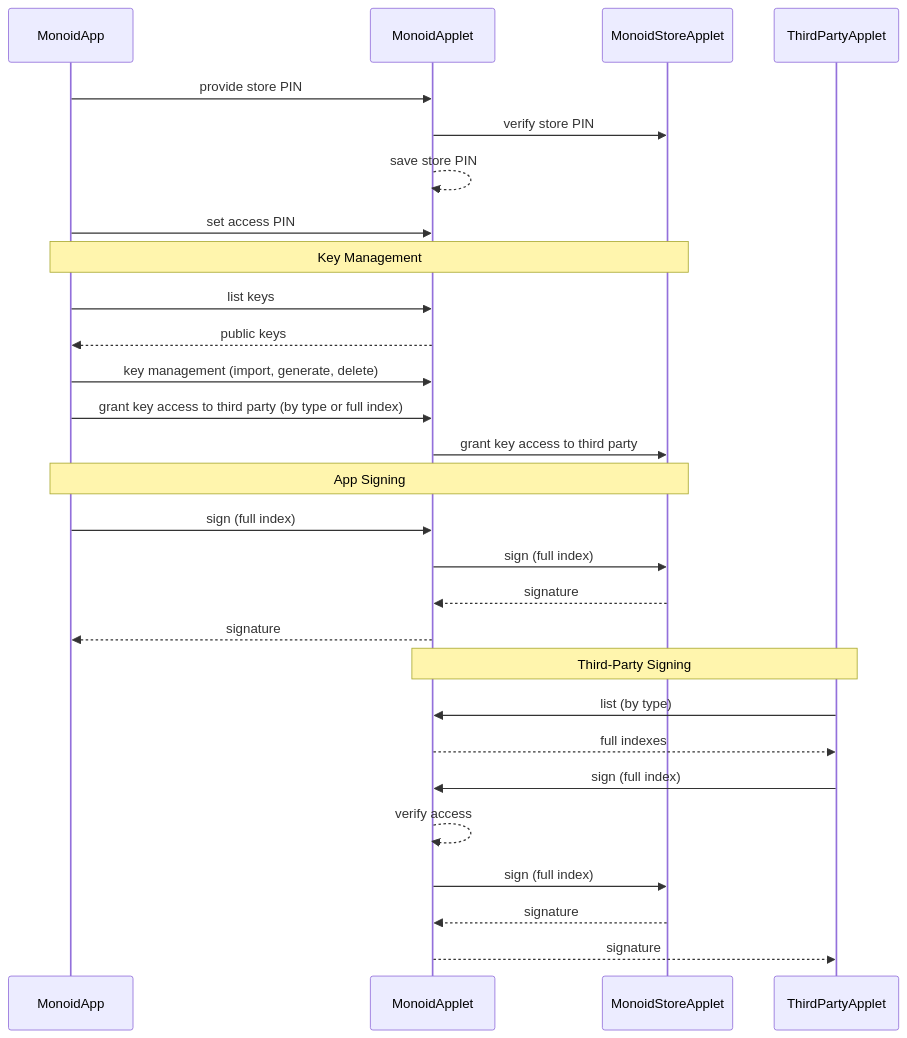
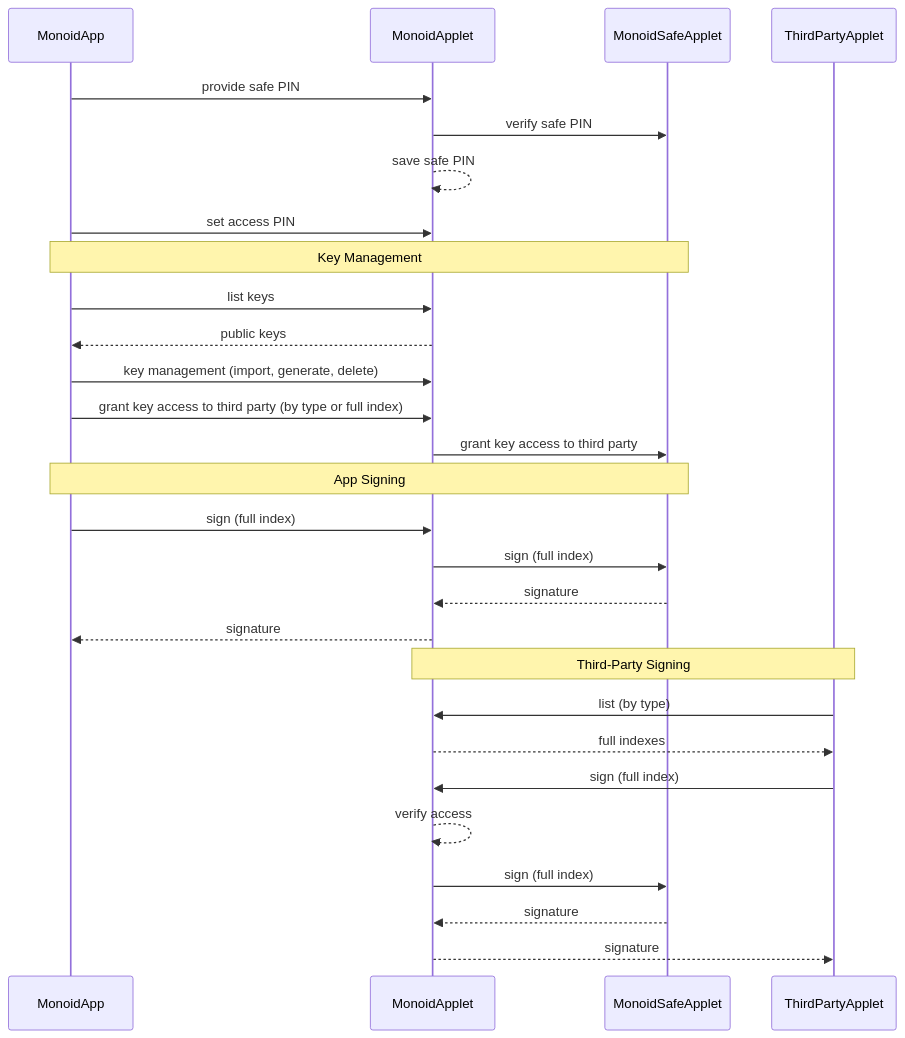
Before and after one commit to vilicvane/monoid-javacard: the diagram in ARCHITECTURE.md, drawn with Mermaid. The commit also changed 13 other files, not shown here.

Commit message:
Rename Monoid Store to Safe to distinguish from future app store

````diff
--- a/ARCHITECTURE.md
+++ b/ARCHITECTURE.md
@@ -3,38 +3,38 @@
 ```mermaid
 sequenceDiagram
     participant MonoidApp
     participant MonoidApplet
-    participant MonoidStoreApplet
+    participant MonoidSafeApplet
     participant ThirdPartyApplet
 
-    MonoidApp ->> MonoidApplet: provide store PIN
-    MonoidApplet ->> MonoidStoreApplet: verify store PIN
-    MonoidApplet -->> MonoidApplet: save store PIN
+    MonoidApp ->> MonoidApplet: provide safe PIN
+    MonoidApplet ->> MonoidSafeApplet: verify safe PIN
+    MonoidApplet -->> MonoidApplet: save safe PIN
 
     MonoidApp ->> MonoidApplet: set access PIN
 
-    note over MonoidApp, MonoidStoreApplet: Key Management
+    note over MonoidApp, MonoidSafeApplet: Key Management
 
     MonoidApp ->> MonoidApplet: list keys
     MonoidApplet -->> MonoidApp: public keys
     MonoidApp ->> MonoidApplet: key management (import, generate, delete)
     MonoidApp ->> MonoidApplet: grant key access to third party (by type or full index)
-    MonoidApplet ->> MonoidStoreApplet: grant key access to third party
+    MonoidApplet ->> MonoidSafeApplet: grant key access to third party
 
-    note over MonoidApp, MonoidStoreApplet: App Signing
+    note over MonoidApp, MonoidSafeApplet: App Signing
 
     MonoidApp ->> MonoidApplet: sign (full index)
-    MonoidApplet ->> MonoidStoreApplet: sign (full index)
-    MonoidStoreApplet -->> MonoidApplet: signature
+    MonoidApplet ->> MonoidSafeApplet: sign (full index)
+    MonoidSafeApplet -->> MonoidApplet: signature
     MonoidApplet -->> MonoidApp: signature
 
     note over MonoidApplet, ThirdPartyApplet: Third-Party Signing
 
     ThirdPartyApplet ->> MonoidApplet: list (by type)
     MonoidApplet -->> ThirdPartyApplet: full indexes
     ThirdPartyApplet ->> MonoidApplet: sign (full index)
     MonoidApplet -->> MonoidApplet: verify access
-    MonoidApplet ->> MonoidStoreApplet: sign (full index)
-    MonoidStoreApplet -->> MonoidApplet: signature
+    MonoidApplet ->> MonoidSafeApplet: sign (full index)
+    MonoidSafeApplet -->> MonoidApplet: signature
     MonoidApplet -->> ThirdPartyApplet: signature
 ```
````
